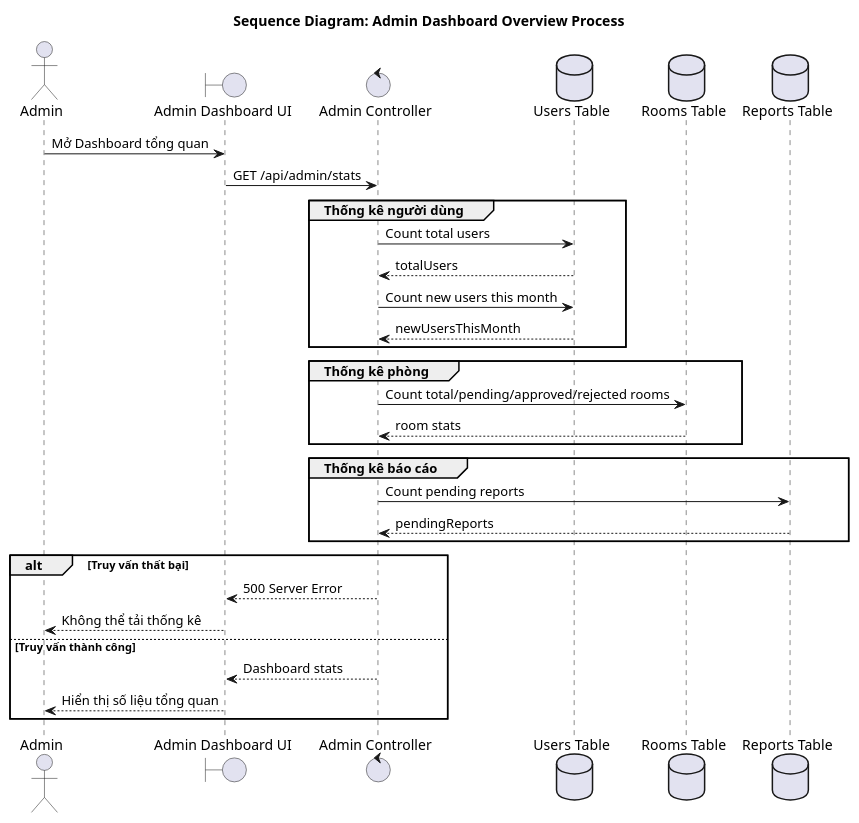
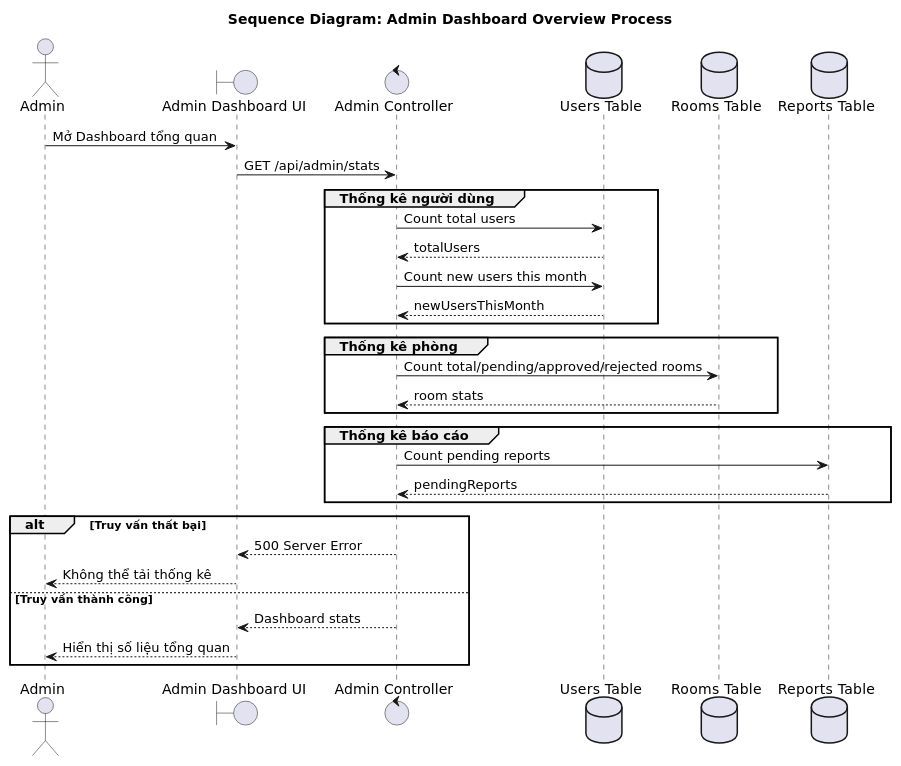
The diagram in PlantUML/Sequence/D_Admin/SystemDashboard.plantuml (kinhon11/roommatch), drawn with PlantUML before and after one commit. The commit also changed 10 other files, not shown here.

Commit message:
Use Unicode font for PlantUML diagrams

```diff
--- a/PlantUML/Sequence/D_Admin/SystemDashboard.plantuml
+++ b/PlantUML/Sequence/D_Admin/SystemDashboard.plantuml
@@ -1,39 +1,42 @@
 @startuml
 title Sequence Diagram: Admin Dashboard Overview Process
+
+skinparam shadowing false
+skinparam defaultFontName "DejaVu Sans"
 
 actor "Admin" as Admin
 boundary "Admin Dashboard UI" as UI
 control "Admin Controller" as AdminCtrl
 database "Users Table" as Users
 database "Rooms Table" as Rooms
 database "Reports Table" as Reports
 
 Admin -> UI: Mở Dashboard tổng quan
 UI -> AdminCtrl: GET /api/admin/stats
 
 group Thống kê người dùng
   AdminCtrl -> Users: Count total users
   Users --> AdminCtrl: totalUsers
   AdminCtrl -> Users: Count new users this month
   Users --> AdminCtrl: newUsersThisMonth
 end
 
 group Thống kê phòng
   AdminCtrl -> Rooms: Count total/pending/approved/rejected rooms
   Rooms --> AdminCtrl: room stats
 end
 
 group Thống kê báo cáo
   AdminCtrl -> Reports: Count pending reports
   Reports --> AdminCtrl: pendingReports
 end
 
 alt Truy vấn thất bại
   AdminCtrl --> UI: 500 Server Error
   UI --> Admin: Không thể tải thống kê
 else Truy vấn thành công
   AdminCtrl --> UI: Dashboard stats
   UI --> Admin: Hiển thị số liệu tổng quan
 end
 
 @enduml
```
